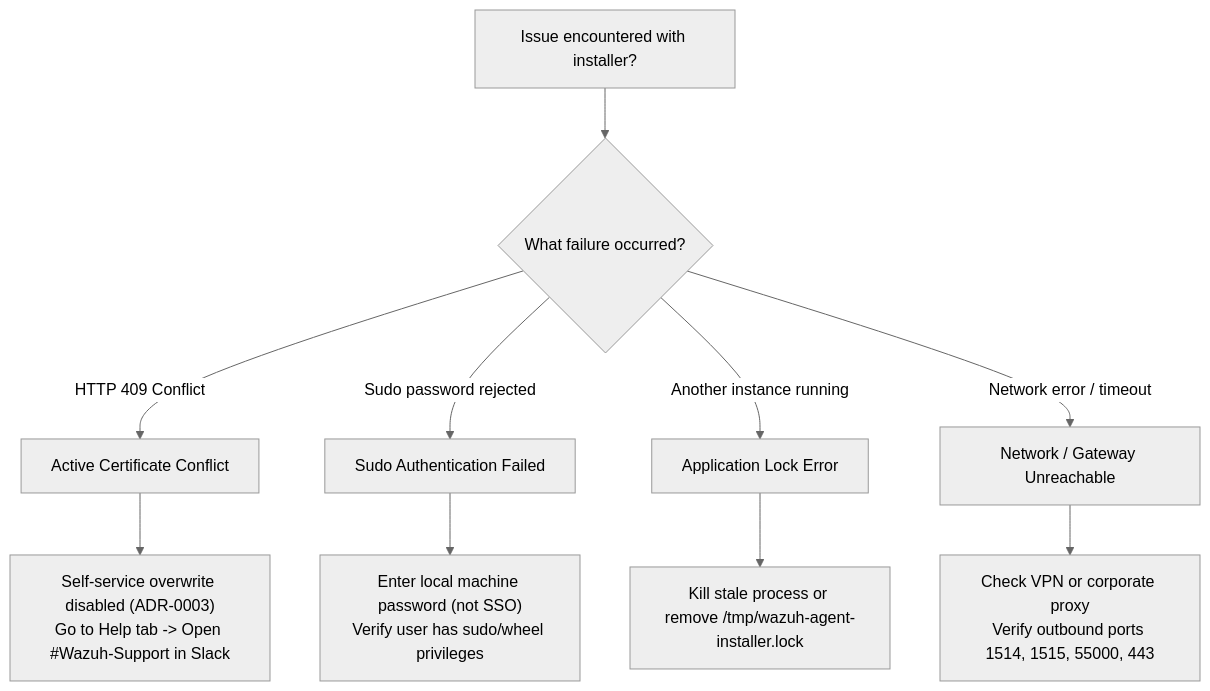
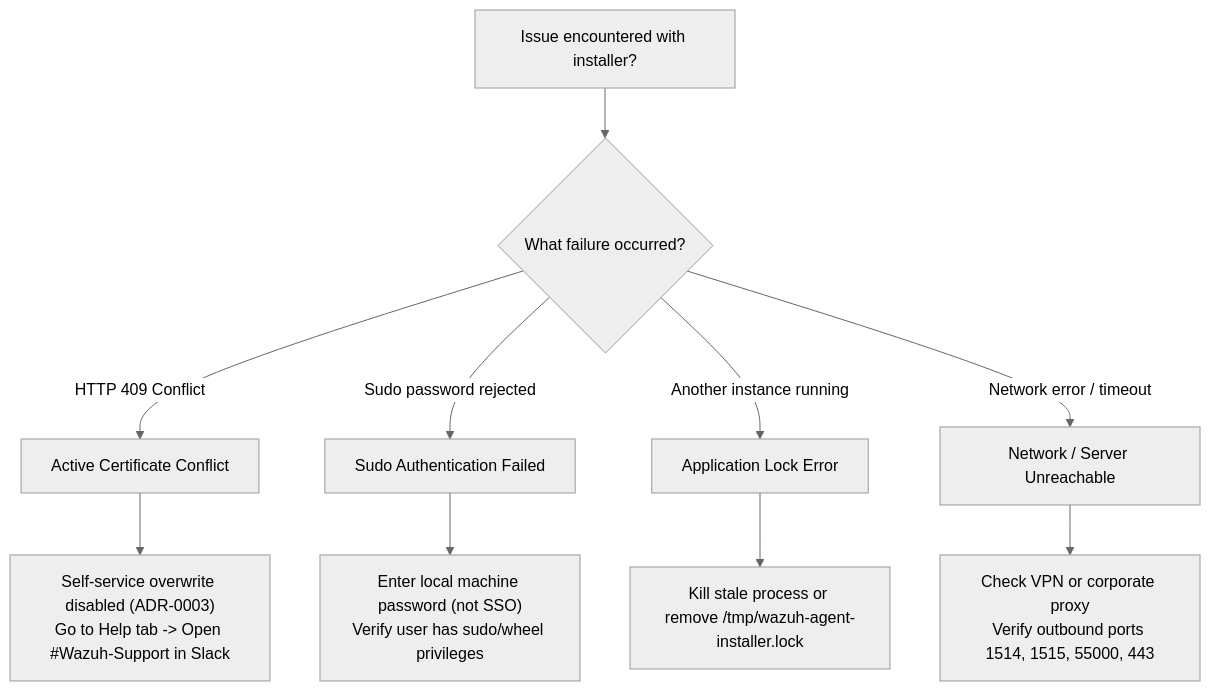
One commit to ADORSYS-GIS/wazuh-agent-installer changed the diagram in docs/operations/troubleshooting.md. Above: the diagram before and after it, drawn with Mermaid (neutral theme). The commit also changed other lines of this file and 3 other files, not shown here.

First line of the commit message:
docs: use cert-server terminology, fix Mermaid edge syntax, and sanitize URLs

````diff
--- a/docs/operations/troubleshooting.md
+++ b/docs/operations/troubleshooting.md
@@ -7,16 +7,16 @@
 ```mermaid
 flowchart TD
     START["Issue encountered with installer?"] --> CHECK{"What failure occurred?"}
     
     CHECK -->|"HTTP 409 Conflict"| CERT["Active Certificate Conflict"]
     CERT --> CERT_ACTION["Self-service overwrite disabled (ADR-0003)<br/>Go to Help tab -> Open #Wazuh-Support in Slack"]
     
     CHECK -->|"Sudo password rejected"| SUDO["Sudo Authentication Failed"]
     SUDO --> SUDO_ACTION["Enter local machine password (not SSO)<br/>Verify user has sudo/wheel privileges"]
     
     CHECK -->|"Another instance running"| LOCK["Application Lock Error"]
     LOCK --> LOCK_ACTION["Kill stale process or remove /tmp/wazuh-agent-installer.lock"]
     
-    CHECK -->|"Network error / timeout"| NET["Network / Gateway Unreachable"]
+    CHECK -->|"Network error / timeout"| NET["Network / Server Unreachable"]
     NET --> NET_ACTION["Check VPN or corporate proxy<br/>Verify outbound ports 1514, 1515, 55000, 443"]
 ```
````
